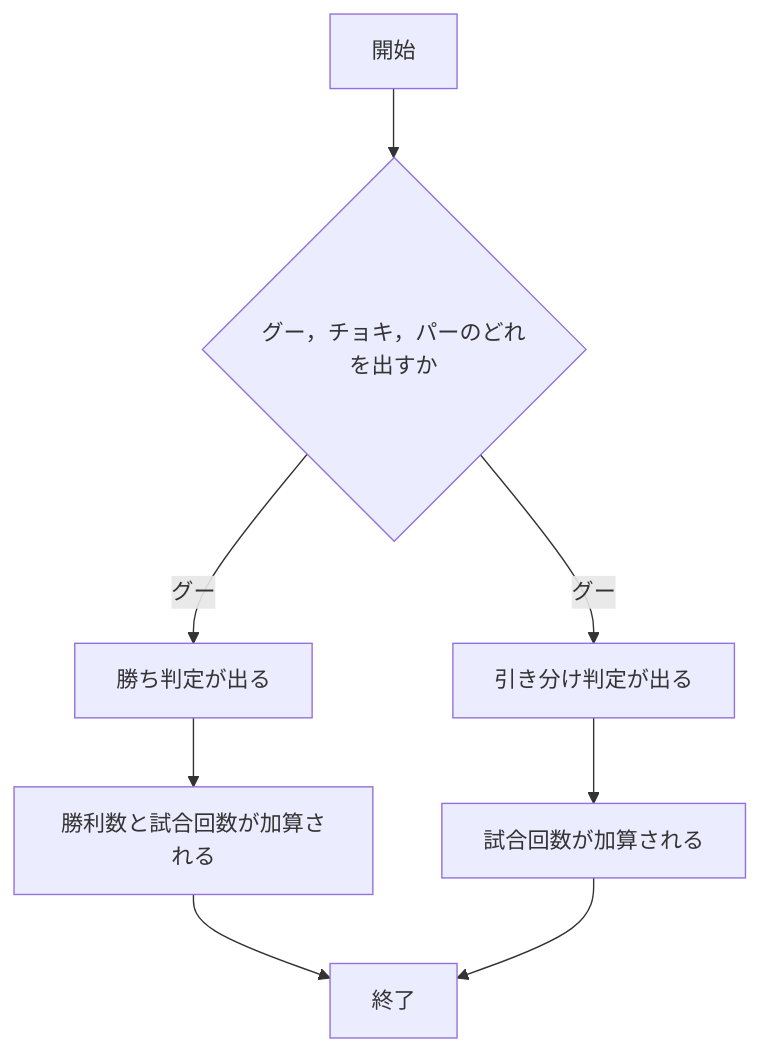
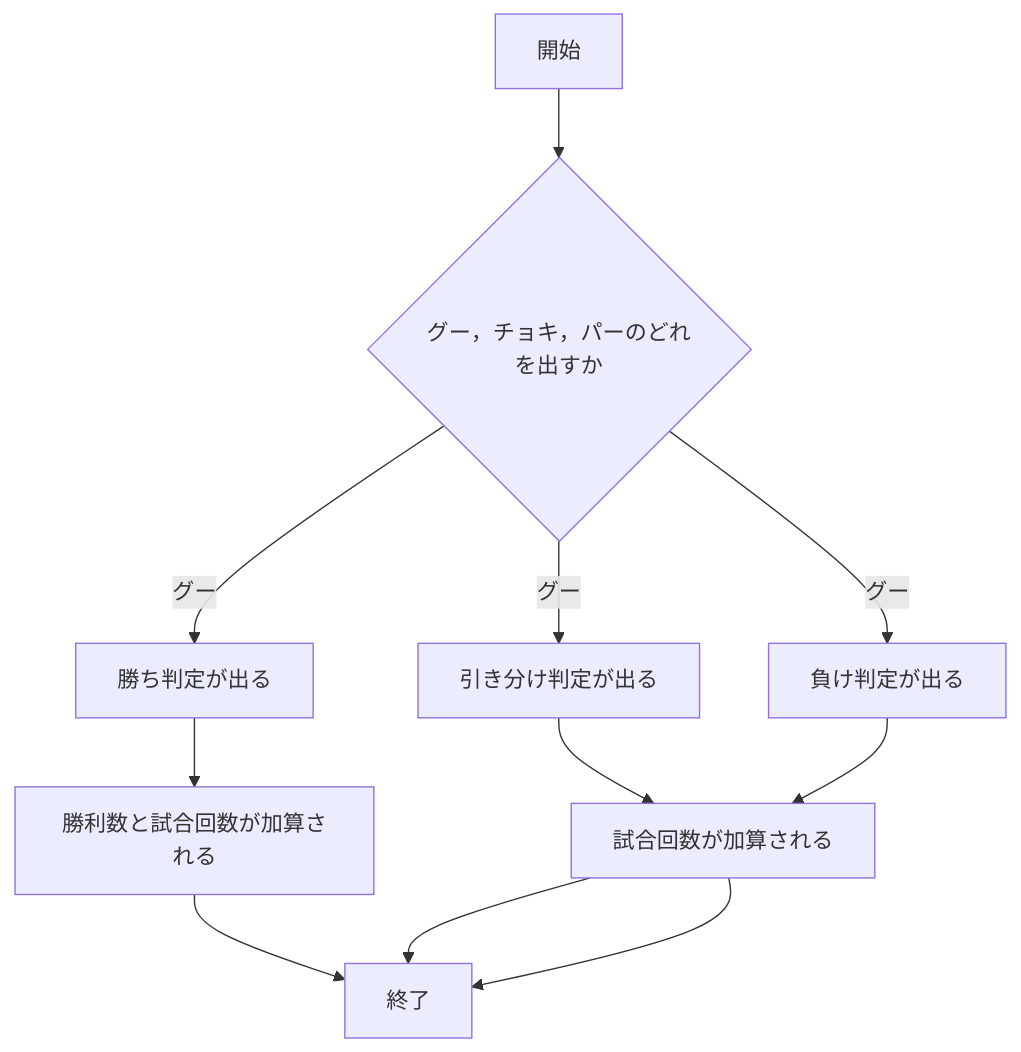
One commit to km919/webpro_06 changed the seventh of 7 diagrams in README.md. Above: the diagram before and after it, drawn with Mermaid.

Commit message:
11/18の03:10に編集済

````diff
--- a/README.md
+++ b/README.md
@@ -266,11 +266,13 @@
 ```mermaid
 flowchart TD;
 start["開始"];
 end1["終了"]
 if{"グー，チョキ，パーのどれを出すか"}
 start --> if
 if --> |グー|　勝ち判定が出る
 勝ち判定が出る --> 勝利数と試合回数が加算される --> end1
 if --> |グー| 引き分け判定が出る
 引き分け判定が出る　--> 試合回数が加算される --> end1
+if --> |グー| 負け判定が出る
+負け判定が出る --> 試合回数が加算される --> end1
 ```
````
